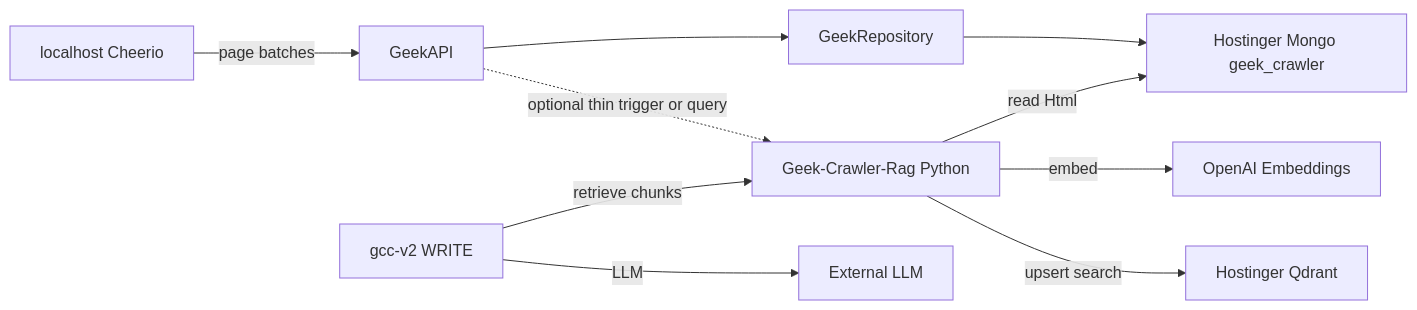
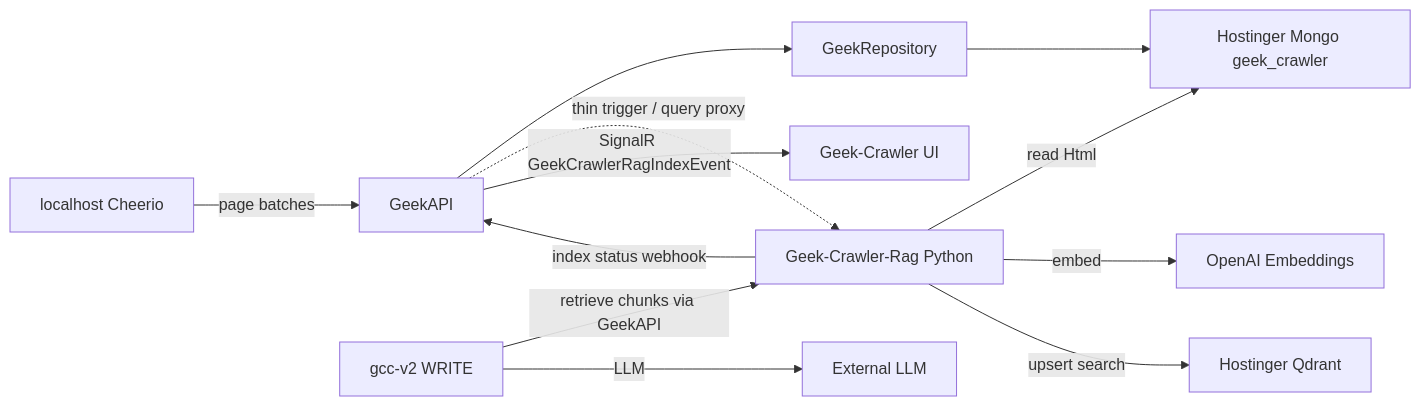
The diagram in architecture.md (jmartinemployment/Geek-Crawler-Rag), drawn with Mermaid before and after one commit. The commit also changed other lines of this file and 4 other files, not shown here.

````diff
--- a/architecture.md
+++ b/architecture.md
@@ -29,18 +29,21 @@
 ```mermaid
 flowchart LR
   cheerio[localhost Cheerio]
   api[GeekAPI]
   repo[GeekRepository]
   mongo[Hostinger Mongo geek_crawler]
   rag[Geek-Crawler-Rag Python]
   qdrant[Hostinger Qdrant]
   write[gcc-v2 WRITE]
+  ui[Geek-Crawler UI]
 
   cheerio -->|page batches| api --> repo --> mongo
-  api -.->|optional thin trigger or query| rag
+  api -.->|thin trigger / query proxy| rag
   rag -->|read Html| mongo
   rag -->|embed| openai[OpenAI Embeddings]
   rag -->|upsert search| qdrant
-  write -->|retrieve chunks| rag
+  rag -->|index status webhook| api
+  api -->|SignalR GeekCrawlerRagIndexEvent| ui
+  write -->|retrieve chunks via GeekAPI| rag
   write -->|LLM| llm[External LLM]
 ```
````
